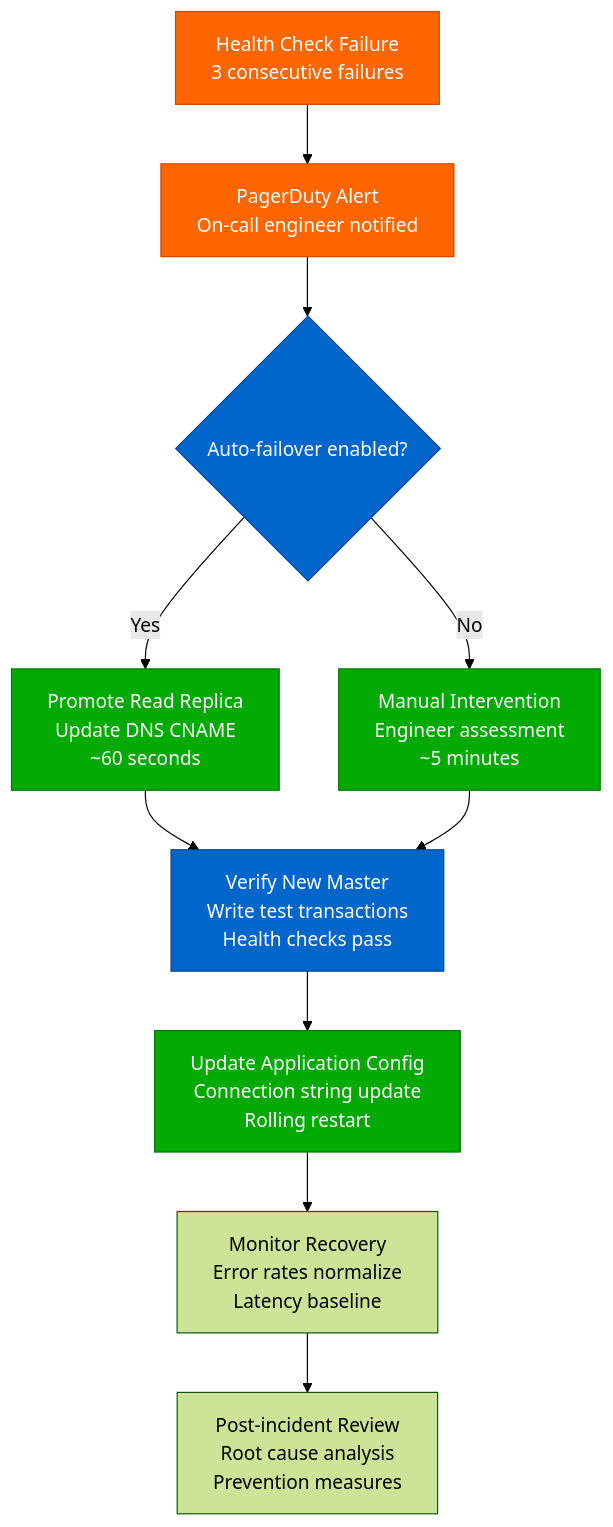
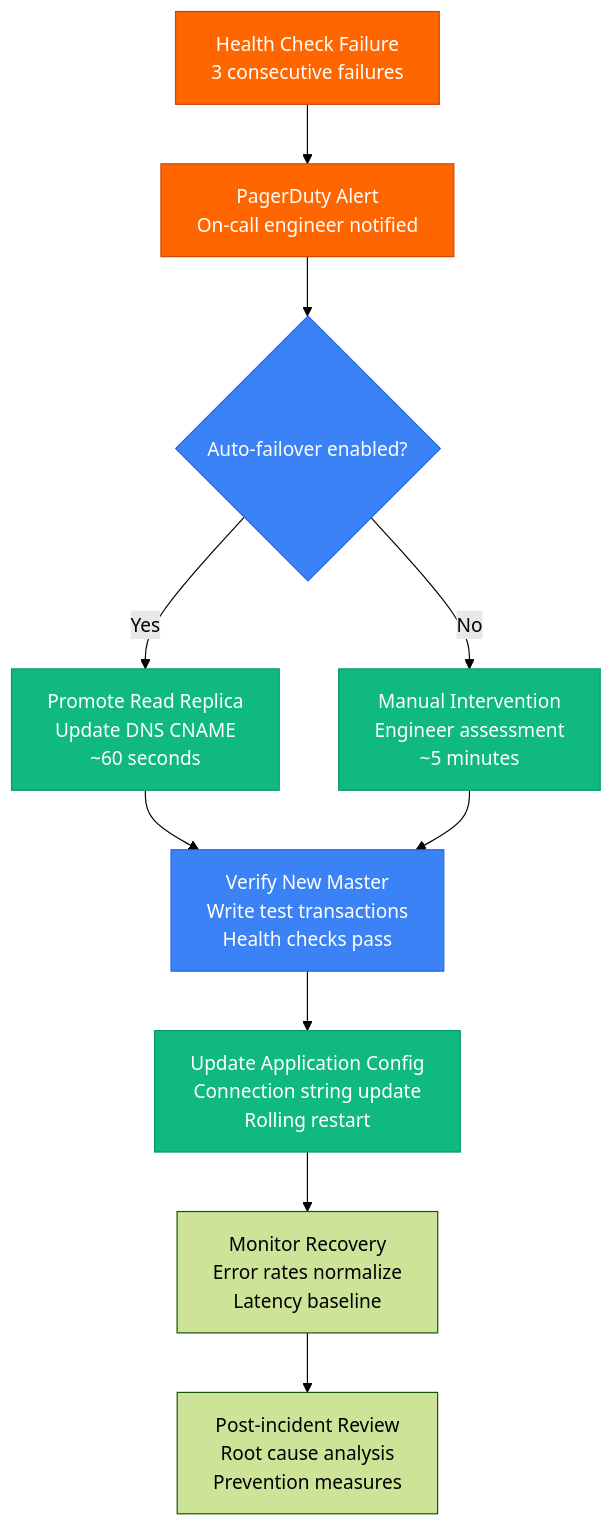
One commit to deepaucksharma/DS changed the fifth of 8 diagrams in site/docs/systems/robinhood/04-failure-domains.md. Above: the diagram before and after it, drawn with Mermaid (forest theme). The commit also changed other lines of this file and 187 other files, not shown here.

````diff
--- a/site/docs/systems/robinhood/04-failure-domains.md
+++ b/site/docs/systems/robinhood/04-failure-domains.md
@@ -204,26 +204,26 @@
 ```mermaid
 flowchart TD
     DETECT[Health Check Failure<br/>3 consecutive failures] --> ALERT[PagerDuty Alert<br/>On-call engineer notified]
 
     ALERT --> AUTO_FAILOVER{Auto-failover enabled?}
 
     AUTO_FAILOVER -->|Yes| PROMOTE[Promote Read Replica<br/>Update DNS CNAME<br/>~60 seconds]
     AUTO_FAILOVER -->|No| MANUAL[Manual Intervention<br/>Engineer assessment<br/>~5 minutes]
 
     PROMOTE --> VERIFY[Verify New Master<br/>Write test transactions<br/>Health checks pass]
     MANUAL --> VERIFY
 
     VERIFY --> UPDATE_APP[Update Application Config<br/>Connection string update<br/>Rolling restart]
 
     UPDATE_APP --> MONITOR[Monitor Recovery<br/>Error rates normalize<br/>Latency baseline]
 
     MONITOR --> POSTMORTEM[Post-incident Review<br/>Root cause analysis<br/>Prevention measures]
 
     classDef alertStyle fill:#FF6600,stroke:#CC4400,color:#fff
-    classDef actionStyle fill:#00AA00,stroke:#007700,color:#fff
-    classDef decisionStyle fill:#0066CC,stroke:#004499,color:#fff
+    classDef actionStyle fill:#10B981,stroke:#059669,color:#fff
+    classDef decisionStyle fill:#3B82F6,stroke:#2563EB,color:#fff
 
     class DETECT,ALERT alertStyle
     class PROMOTE,MANUAL,UPDATE_APP actionStyle
     class AUTO_FAILOVER,VERIFY decisionStyle
 ```
````
